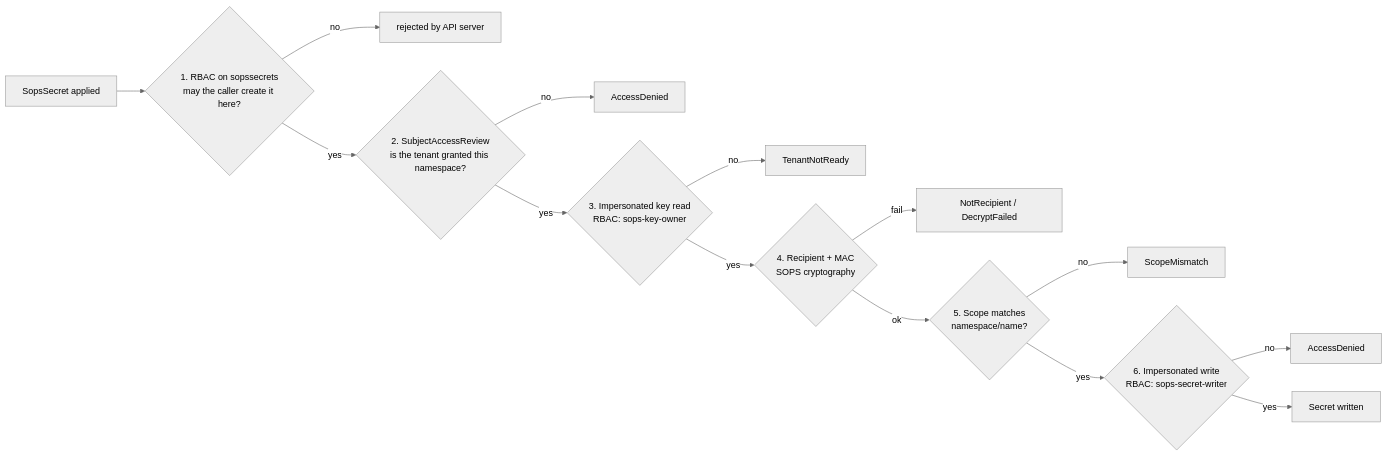
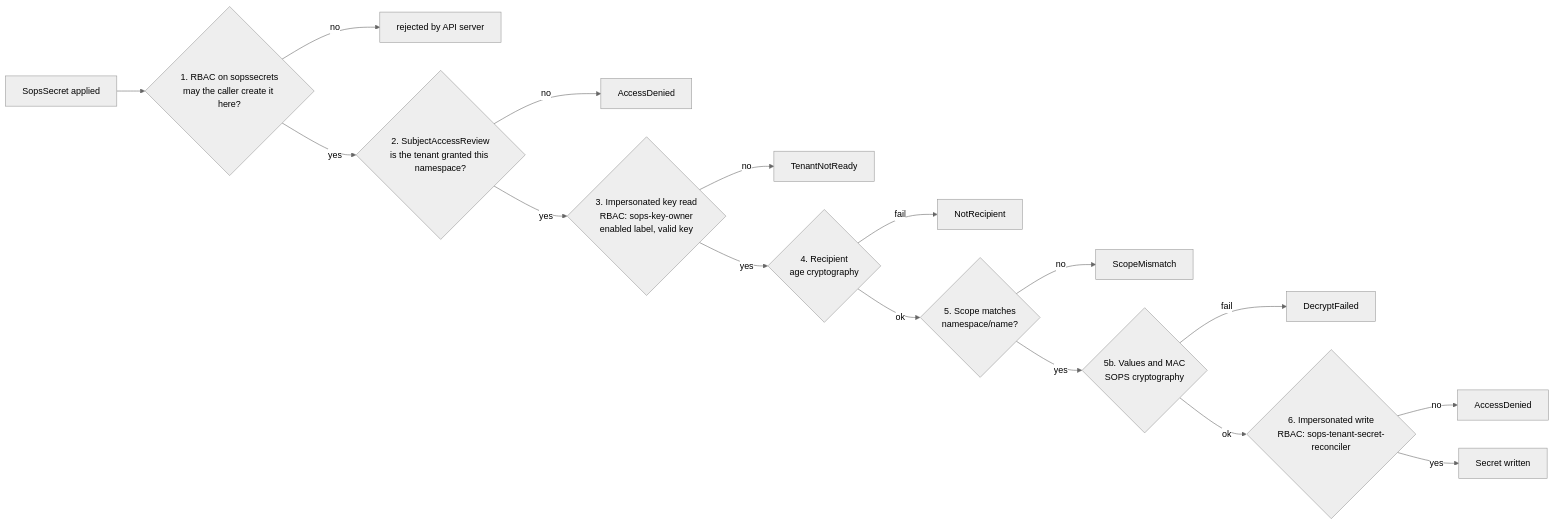
Before and after one commit to stakater/sops-operator: the third of 3 diagrams in DESIGN.md, drawn with Mermaid (neutral theme). The commit also changed other lines of this file and 3 other files, not shown here.

Commit message:
Document resource-derived state, Secret ownership by label, key backups and the watches

````diff
--- a/DESIGN.md
+++ b/DESIGN.md
@@ -497,16 +596,18 @@
 ```mermaid
 flowchart LR
     A["SopsSecret applied"] --> B{"1. RBAC on sopssecrets<br/>may the caller create it here?"}
     B -->|no| X1["rejected by API server"]
     B -->|yes| C{"2. SubjectAccessReview<br/>is the tenant granted this namespace?"}
     C -->|no| X2["AccessDenied"]
-    C -->|yes| D{"3. Impersonated key read<br/>RBAC: sops-key-owner"}
+    C -->|yes| D{"3. Impersonated key read<br/>RBAC: sops-key-owner<br/>enabled label, valid key"}
     D -->|no| X3["TenantNotReady"]
-    D -->|yes| E{"4. Recipient + MAC<br/>SOPS cryptography"}
-    E -->|fail| X4["NotRecipient / DecryptFailed"]
+    D -->|yes| E{"4. Recipient<br/>age cryptography"}
+    E -->|fail| X4["NotRecipient"]
     E -->|ok| F{"5. Scope matches<br/>namespace/name?"}
     F -->|no| X5["ScopeMismatch"]
-    F -->|yes| G{"6. Impersonated write<br/>RBAC: sops-secret-writer"}
+    F -->|yes| M{"5b. Values and MAC<br/>SOPS cryptography"}
+    M -->|fail| X7["DecryptFailed"]
+    M -->|ok| G{"6. Impersonated write<br/>RBAC: sops-tenant-secret-reconciler"}
     G -->|no| X6["AccessDenied"]
     G -->|yes| H["Secret written"]
 ```
````
